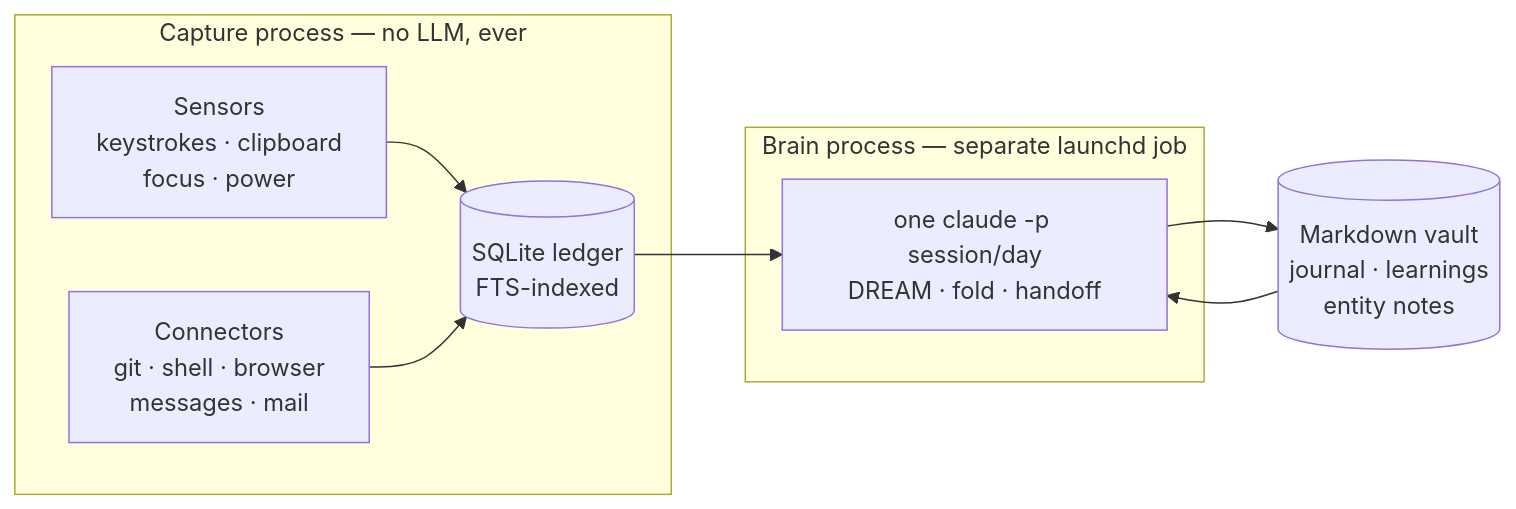
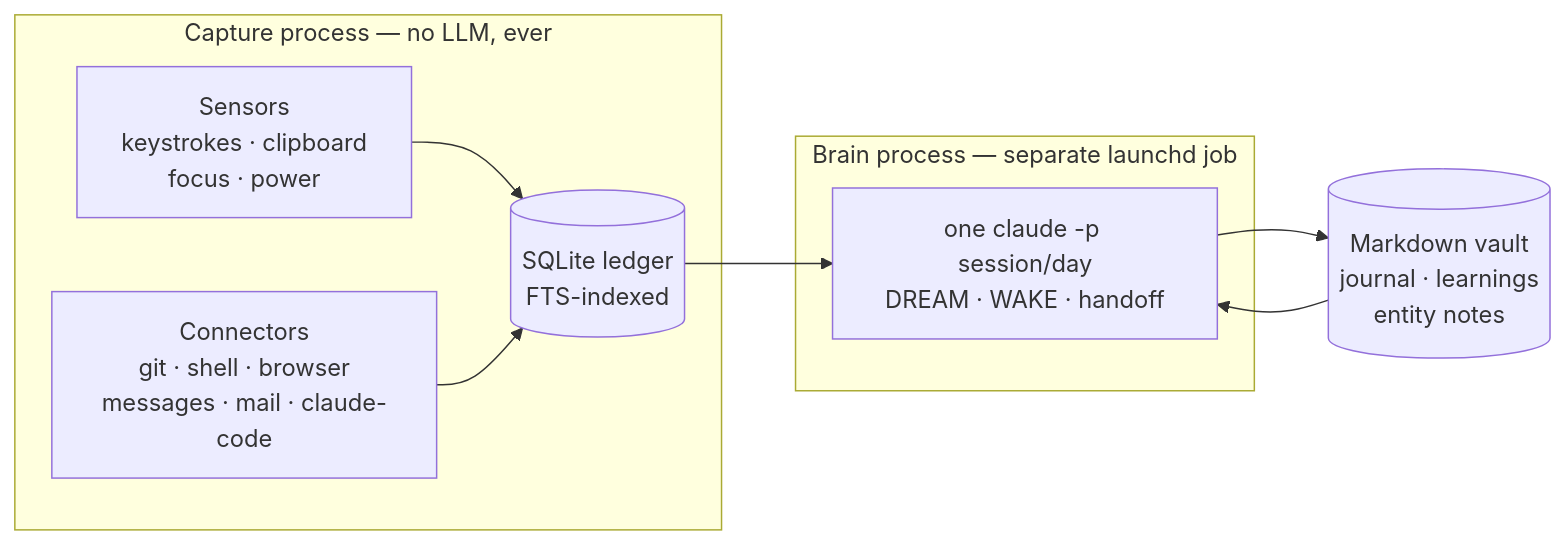
Before and after one commit to bayraak/2ndm1nd-runtime: the diagram in README.md, drawn with Mermaid. The commit also changed other lines of this file and 16 other files, not shown here.

First line of the commit message:
docs: architecture, privacy, token economy, self-evolution envelope, setup, roadmap; contributing/security; issue and PR templates; banner

````diff
--- a/README.md
+++ b/README.md
@@ -28,13 +41,13 @@
 ```mermaid
 flowchart LR
     subgraph capture["Capture process — no LLM, ever"]
         S["Sensors\nkeystrokes · clipboard\nfocus · power"] --> L[("SQLite ledger\nFTS-indexed")]
-        C["Connectors\ngit · shell · browser\nmessages · mail"] --> L
+        C["Connectors\ngit · shell · browser\nmessages · mail · claude-code"] --> L
     end
     subgraph brain["Brain process — separate launchd job"]
-        B["one claude -p session/day\nDREAM · fold · handoff"]
+        B["one claude -p session/day\nDREAM · WAKE · handoff"]
     end
     L --> B
     B --> V[("Markdown vault\njournal · learnings\nentity notes")]
     V --> B
 ```
````
